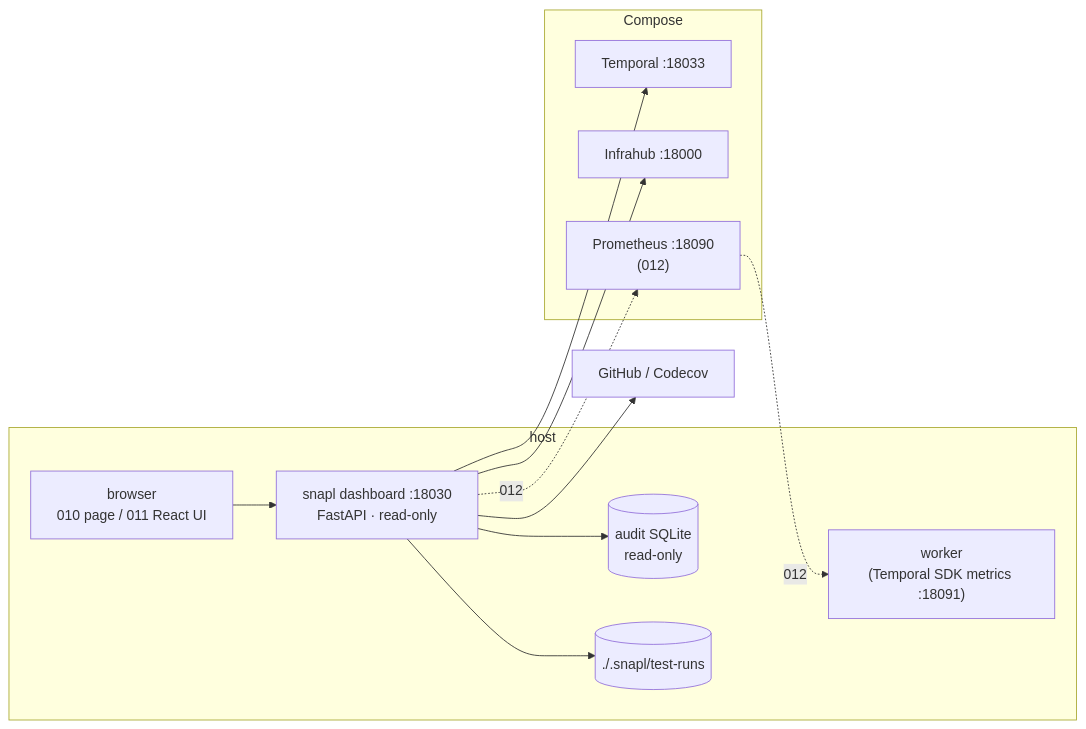
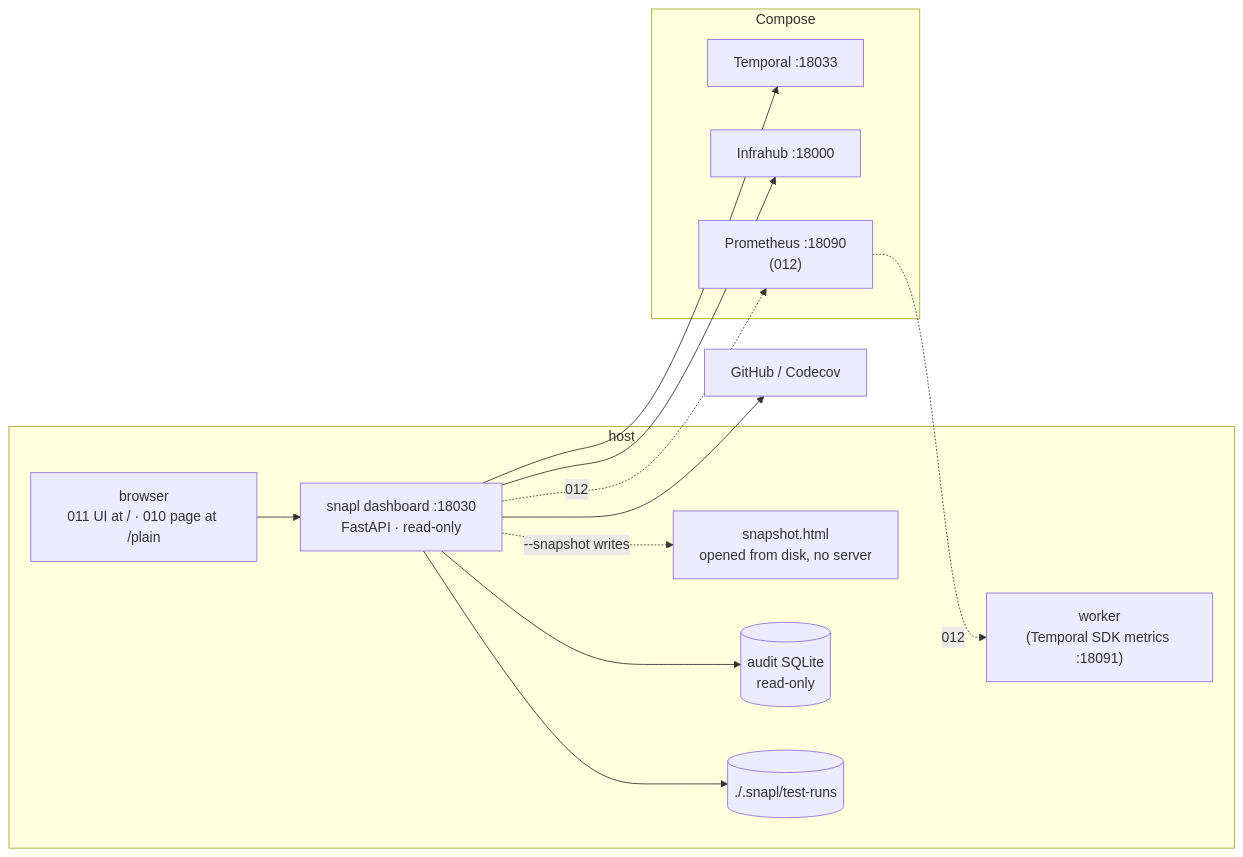
Before and after one commit to anton-tvrz/snapl: the diagram in dev/adr/0005-dashboard-and-metrics-stack.md, drawn with Mermaid. The commit also changed other lines of this file and 10 other files, not shown here.

````diff
--- a/dev/adr/0005-dashboard-and-metrics-stack.md
+++ b/dev/adr/0005-dashboard-and-metrics-stack.md
@@ -71,25 +76,27 @@
 ```mermaid
 flowchart LR
     subgraph host["host"]
         worker["worker<br/>(Temporal SDK metrics :18091)"]
         dash["snapl dashboard :18030<br/>FastAPI · read-only"]
-        ui["browser<br/>010 page / 011 React UI"]
+        ui["browser<br/>011 UI at / · 010 page at /plain"]
+        file["snapshot.html<br/>opened from disk, no server"]
         audit[("audit SQLite<br/>read-only")]
         runs[("./.snapl/test-runs")]
     end
     subgraph compose["Compose"]
         temporal["Temporal :18033"]
         infrahub["Infrahub :18000"]
         prom["Prometheus :18090<br/>(012)"]
     end
     gh["GitHub / Codecov"]
 
     ui --> dash
+    dash -. "--snapshot writes" .-> file
     dash --> audit
     dash --> runs
     dash --> temporal
     dash --> infrahub
     dash --> gh
     dash -. 012 .-> prom
     prom -. 012 .-> worker
 ```
````
